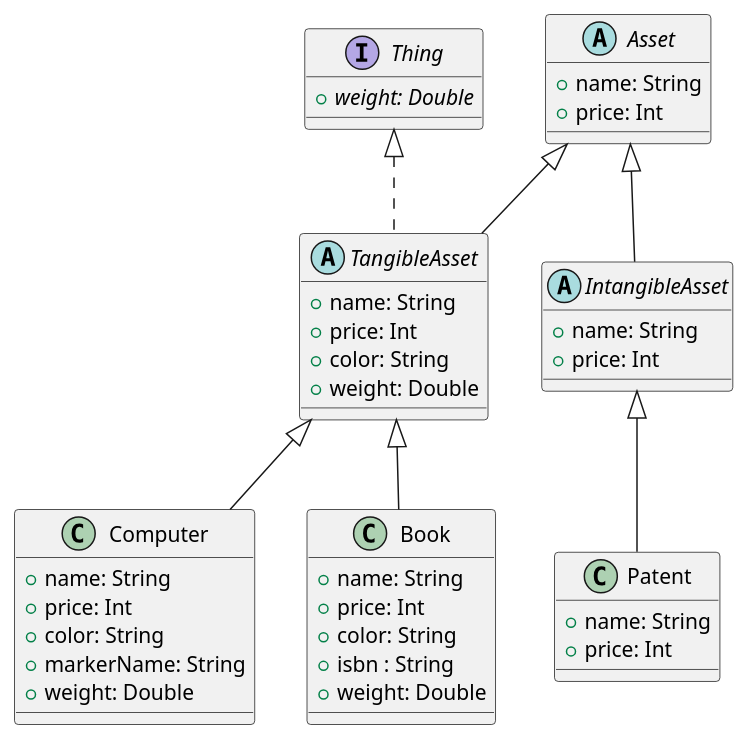
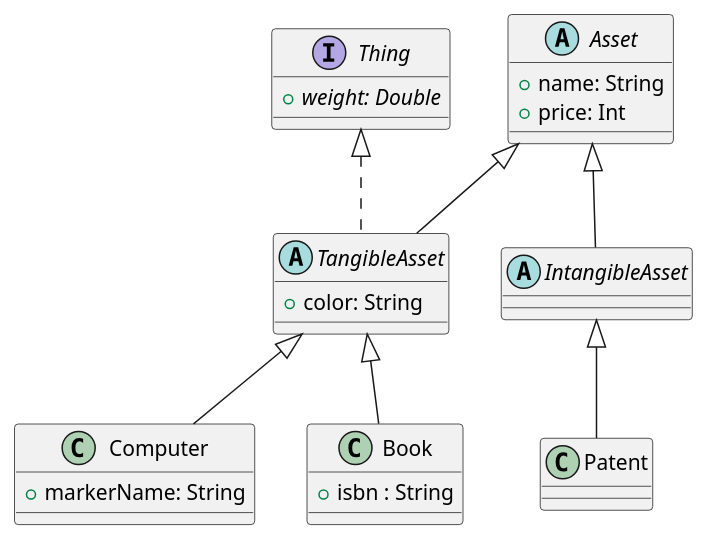
Before and after one commit to SurvivalCodingCampus/gangnam2_kotlin_study: the diagram in docs/Asset.puml, drawn with PlantUML. The commit also changed 3 other files, not shown here.

```diff
--- a/docs/Asset.puml
+++ b/docs/Asset.puml
@@ -1,44 +1,29 @@
 @startuml
 'https://plantuml.com/class-diagram
 abstract class Asset {
     + name: String
     + price: Int
 }
 
 interface Thing {
     + {abstract} weight: Double
 }
 
 abstract class TangibleAsset extends Asset implements Thing {
-    + name: String
-    + price: Int
     + color: String
-    + weight: Double
 }
 
 class Computer extends TangibleAsset {
-    + name: String
-    + price: Int
-    + color: String
     + markerName: String
-    + weight: Double
 }
 
 class Book extends TangibleAsset {
-    + name: String
-    + price: Int
-    + color: String
     + isbn : String
-    + weight: Double
 }
 
 abstract class IntangibleAsset extends Asset{
-    + name: String
-    + price: Int
 }
 
 class Patent extends IntangibleAsset {
-    + name: String
-    + price: Int
 }
 @enduml
```
